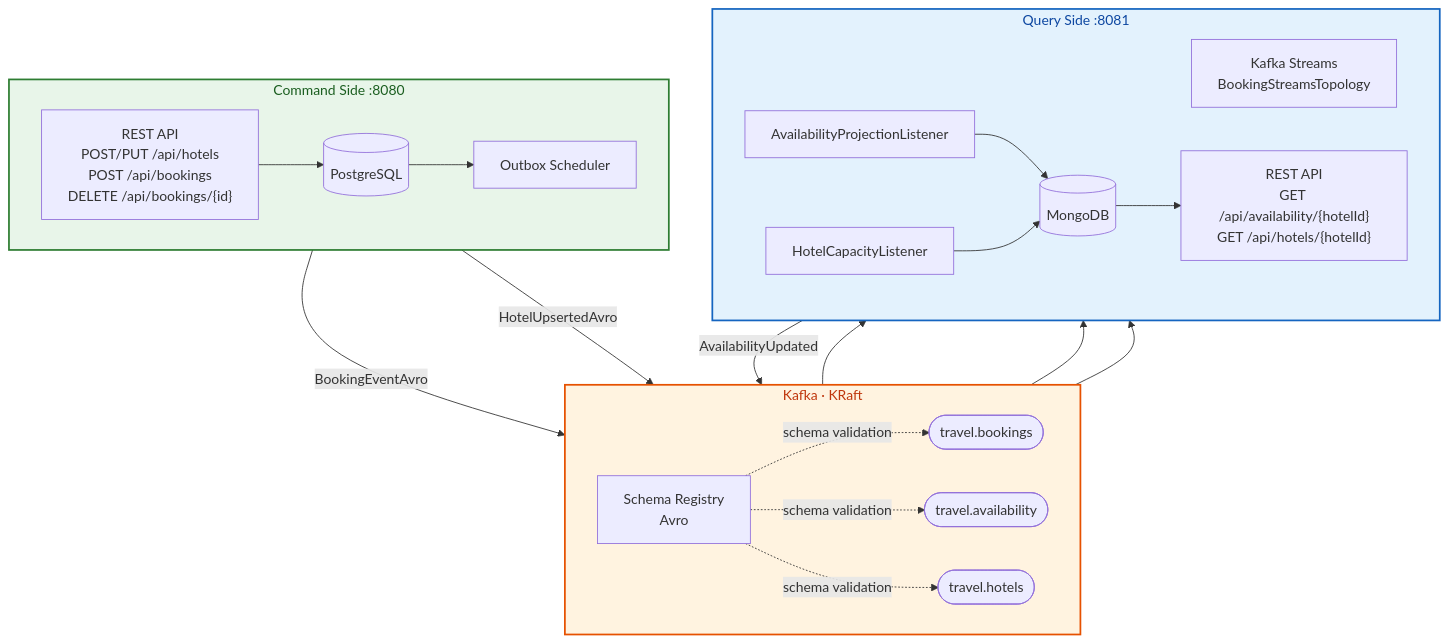
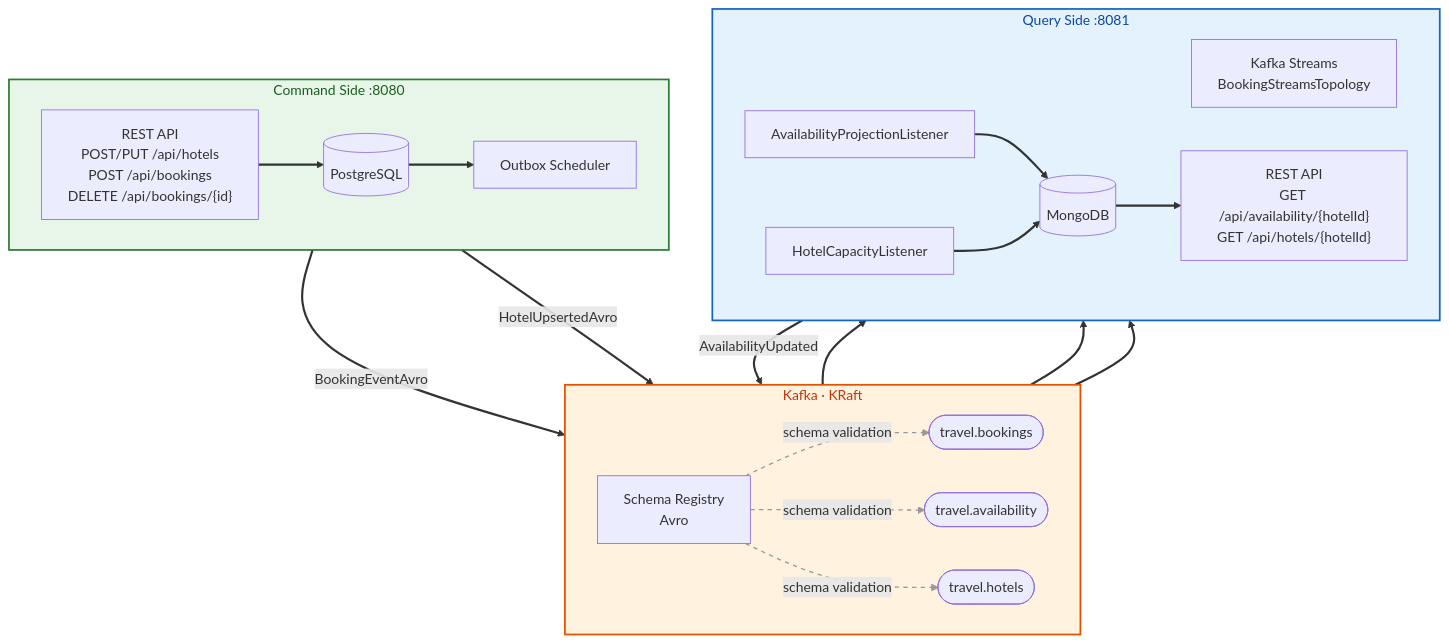
One commit to mrzodeczko-dev/Travel-Agency-CQRS changed the diagram in README.md. Above: the diagram before and after it, drawn with Mermaid.

Commit message:
Refactor diagram links in README for improved clarity and consistency

````diff
--- a/README.md
+++ b/README.md
@@ -60,43 +60,46 @@
 ```mermaid
 flowchart TB
     subgraph cmd["Command Side :8080"]
         direction LR
         API_C["REST API\nPOST/PUT /api/hotels\nPOST /api/bookings\nDELETE /api/bookings/{id}"]
         PG[("PostgreSQL")]
         OB["Outbox Scheduler"]
     end
 
     subgraph kafka["Kafka · KRaft"]
         direction LR
         SR["Schema Registry\nAvro"]
         TB(["travel.bookings"])
         TA(["travel.availability"])
         TH(["travel.hotels"])
     end
 
     subgraph query["Query Side :8081"]
         direction LR
         KS["Kafka Streams\nBookingStreamsTopology"]
         APL["AvailabilityProjectionListener"]
         HCL["HotelCapacityListener"]
         MDB[("MongoDB")]
         API_Q["REST API\nGET /api/availability/{hotelId}\nGET /api/hotels/{hotelId}"]
     end
 
-    API_C --> PG
-    PG --> OB
-    OB -->|BookingEventAvro| TB
-    OB -->|HotelUpsertedAvro| TH
-    TB --> KS
-    KS -->|AvailabilityUpdated| TA
-    TA --> APL --> MDB
-    TH --> HCL --> MDB
-    MDB --> API_Q
+    API_C ==> PG
+    PG ==> OB
+    OB ==>|BookingEventAvro| TB
+    OB ==>|HotelUpsertedAvro| TH
+    TB ==> KS
+    KS ==>|AvailabilityUpdated| TA
+    TA ==> APL ==> MDB
+    TH ==> HCL ==> MDB
+    MDB ==> API_Q
     SR -.->|schema validation| TB
     SR -.->|schema validation| TA
     SR -.->|schema validation| TH
 
     style cmd fill:#e8f5e9,stroke:#2e7d32,stroke-width:2px,color:#1b5e20
     style kafka fill:#fff3e0,stroke:#e65100,stroke-width:2px,color:#bf360c
     style query fill:#e3f2fd,stroke:#1565c0,stroke-width:2px,color:#0d47a1
+
+    linkStyle 0,1,2,3,4,5,6,7,8,9,10 stroke:#333,stroke-width:2.5px
+    linkStyle 11,12,13 stroke:#999,stroke-width:1.5px,stroke-dasharray:5
 ```
````
